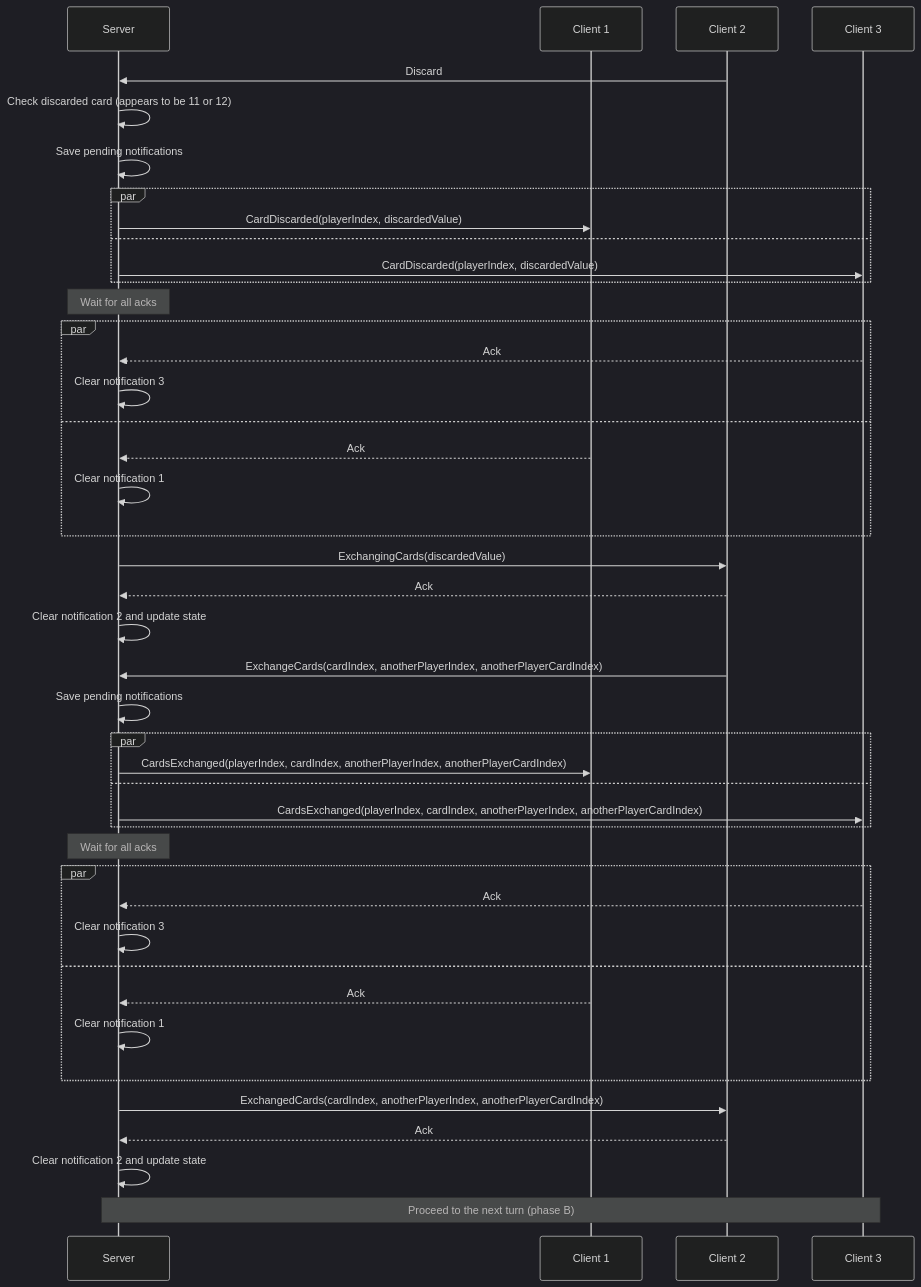
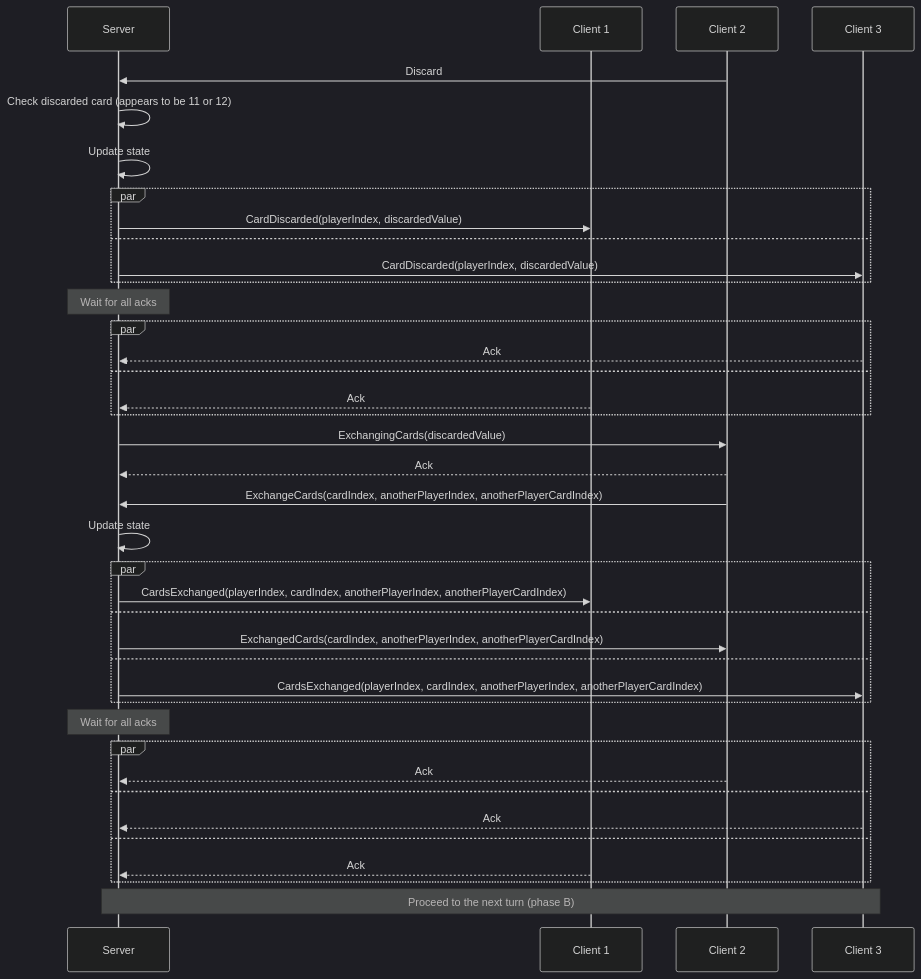
One commit to roman-zubarevich/another changed diagram 13 of 15 in README.md. Above: the diagram before and after it, drawn with Mermaid (dark theme). The commit also changed other lines of this file, not shown here.

````diff
--- a/README.md
+++ b/README.md
@@ -402,45 +380,41 @@
 ```mermaid
 sequenceDiagram
     participant S as Server
     participant C1 as Client 1
     participant C2 as Client 2
     participant C3 as Client 3
     C2->>S: Discard
     S->>S: Check discarded card (appears to be 11 or 12)
-    S->>S: Save pending notifications
+    S->>S: Update state
     par
         S->>C1: CardDiscarded(playerIndex, discardedValue)
     and
         S->>C3: CardDiscarded(playerIndex, discardedValue)
     end
     Note over S: Wait for all acks
     par
         C3-->>S: Ack
-        S->>S: Clear notification 3
     and
         C1-->>S: Ack
-        S->>S: Clear notification 1
     end
     S->>C2: ExchangingCards(discardedValue)
     C2-->>S: Ack
-    S->>S: Clear notification 2 and update state
     C2->>S: ExchangeCards(cardIndex, anotherPlayerIndex, anotherPlayerCardIndex)
-    S->>S: Save pending notifications
+    S->>S: Update state
     par
         S->>C1: CardsExchanged(playerIndex, cardIndex, anotherPlayerIndex, anotherPlayerCardIndex)
+    and
+        S->>C2: ExchangedCards(cardIndex, anotherPlayerIndex, anotherPlayerCardIndex)
     and
         S->>C3: CardsExchanged(playerIndex, cardIndex, anotherPlayerIndex, anotherPlayerCardIndex)
     end
     Note over S: Wait for all acks
     par
+        C2-->>S: Ack
+    and
         C3-->>S: Ack
-        S->>S: Clear notification 3
     and
         C1-->>S: Ack
-        S->>S: Clear notification 1
     end
-    S->>C2: ExchangedCards(cardIndex, anotherPlayerIndex, anotherPlayerCardIndex)
-    C2-->>S: Ack
-    S->>S: Clear notification 2 and update state
     Note over S,C3: Proceed to the next turn (phase B)
 ```
````
